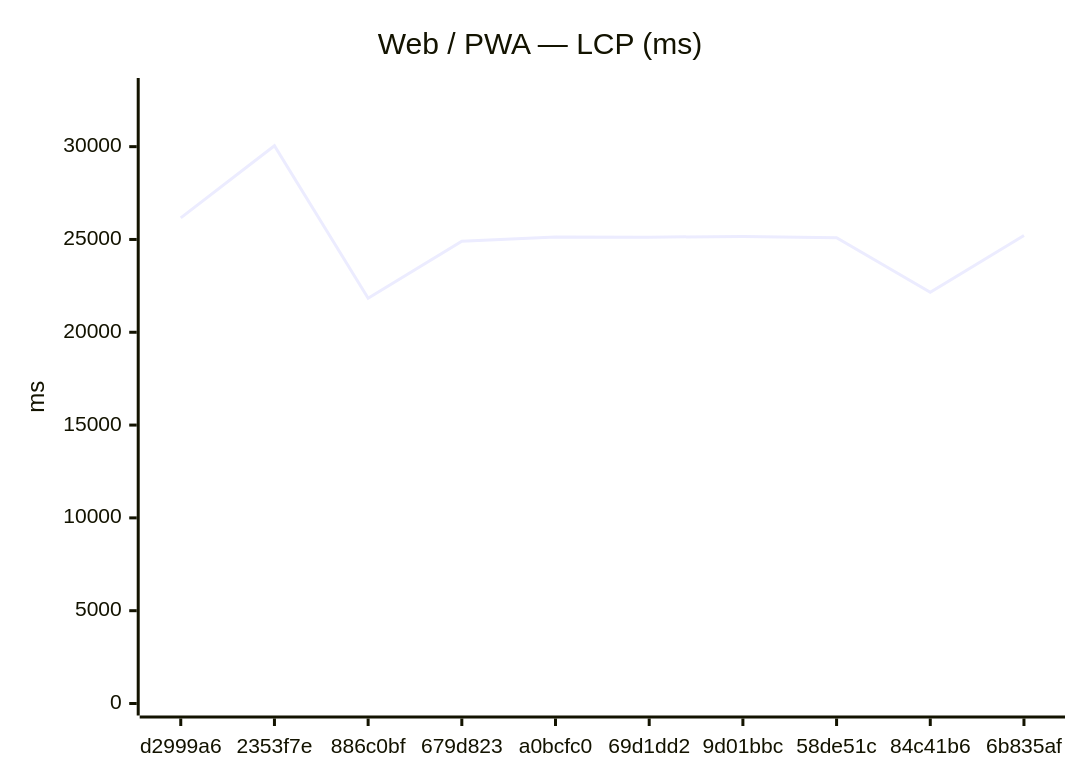
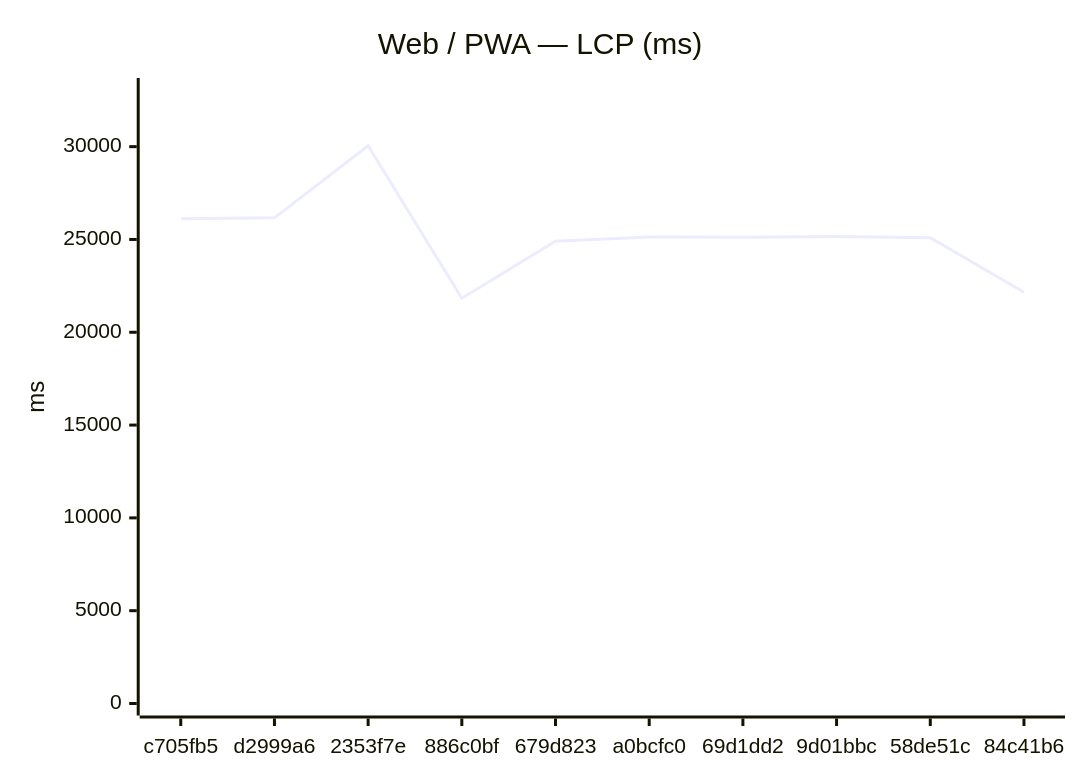
One commit to Metaheurist/Rianell changed the first of 12 diagrams in benchmarks/compare.md. Above: the diagram before and after it, drawn with Mermaid. The commit also changed other lines of this file and 8 other files, not shown here.

````diff
--- a/benchmarks/compare.md
+++ b/benchmarks/compare.md
@@ -24,7 +24,7 @@
 ```mermaid
 xychart-beta
     title "Web / PWA — LCP (ms)"
-    x-axis ["d2999a6", "2353f7e", "886c0bf", "679d823", "a0bcfc0", "69d1dd2", "9d01bbc", "58de51c", "84c41b6", "6b835af"]
+    x-axis ["c705fb5", "d2999a6", "2353f7e", "886c0bf", "679d823", "a0bcfc0", "69d1dd2", "9d01bbc", "58de51c", "84c41b6"]
     y-axis "ms" 0 --> 33052
-    line [26164, 30047, 21835, 24900, 25139, 25124, 25162, 25092, 22152, 25215]
+    line [26120, 26164, 30047, 21835, 24900, 25139, 25124, 25162, 25092, 22152]
 ```
````
